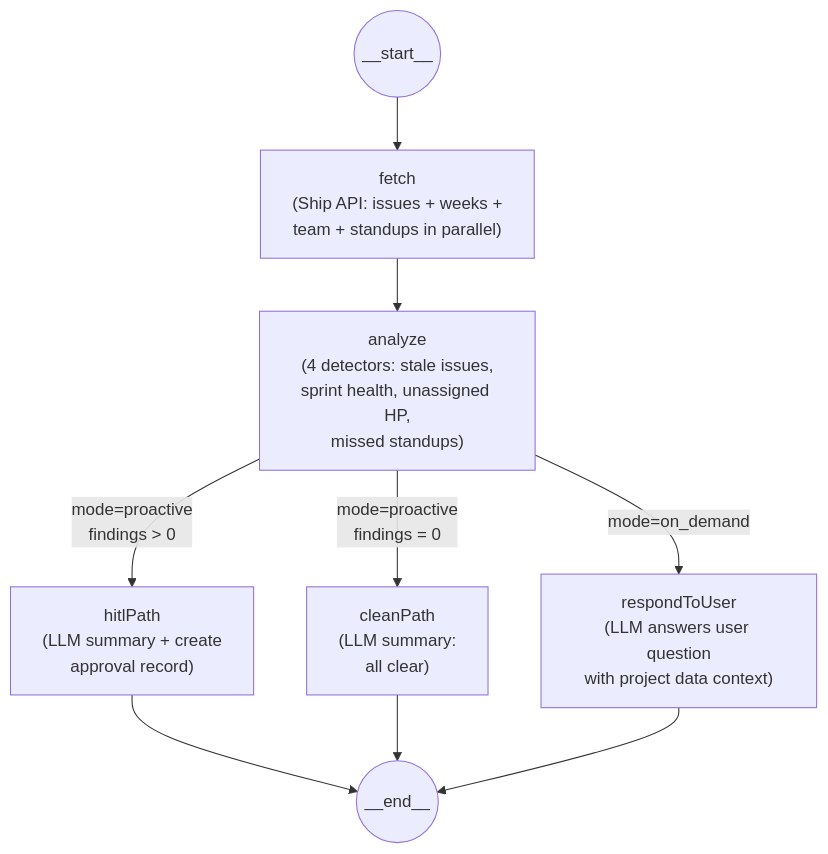
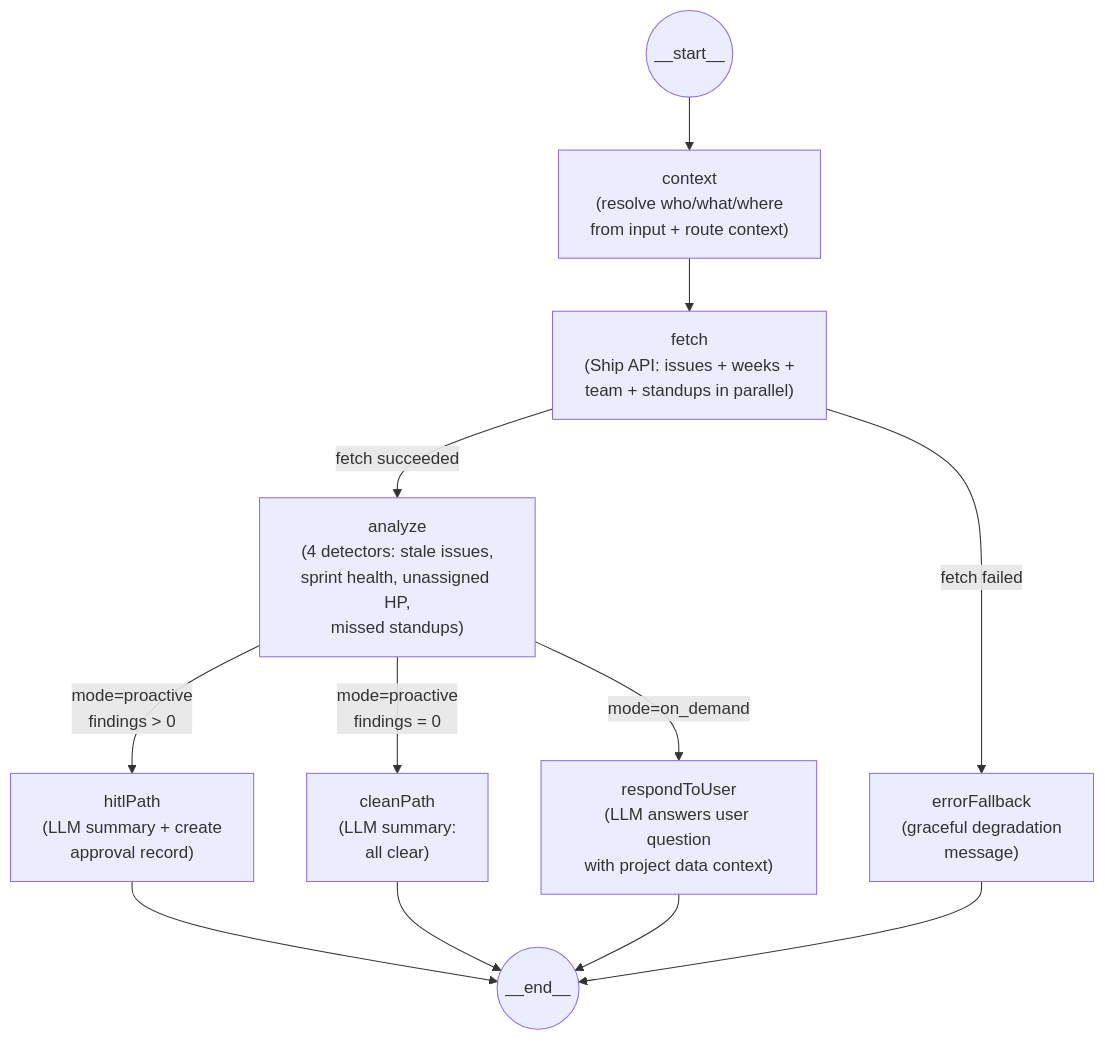
One commit to robin-raq/fleetgraph changed the diagram in FLEETGRAPH.md. Above: the diagram before and after it, drawn with Mermaid. The commit also changed other lines of this file and 3 other files, not shown here.

First line of the commit message:
feat: add dedicated context node and error fallback node (TDD)

````diff
--- a/FLEETGRAPH.md
+++ b/FLEETGRAPH.md
@@ -40,11 +40,14 @@
 ```mermaid
 graph TD
-    START(("__start__")) --> fetch["fetch\n(Ship API: issues + weeks +\nteam + standups in parallel)"]
-    fetch --> analyze["analyze\n(4 detectors: stale issues,\nsprint health, unassigned HP,\nmissed standups)"]
+    START(("__start__")) --> context["context\n(resolve who/what/where\nfrom input + route context)"]
+    context --> fetch["fetch\n(Ship API: issues + weeks +\nteam + standups in parallel)"]
+    fetch -->|"fetch succeeded"| analyze["analyze\n(4 detectors: stale issues,\nsprint health, unassigned HP,\nmissed standups)"]
+    fetch -->|"fetch failed"| errorFallback["errorFallback\n(graceful degradation\nmessage)"]
     analyze -->|"mode=proactive\nfindings > 0"| hitlPath["hitlPath\n(LLM summary + create\napproval record)"]
     analyze -->|"mode=proactive\nfindings = 0"| cleanPath["cleanPath\n(LLM summary:\nall clear)"]
     analyze -->|"mode=on_demand"| respondToUser["respondToUser\n(LLM answers user question\nwith project data context)"]
     hitlPath --> END(("__end__"))
     cleanPath --> END
     respondToUser --> END
+    errorFallback --> END
 ```
````
